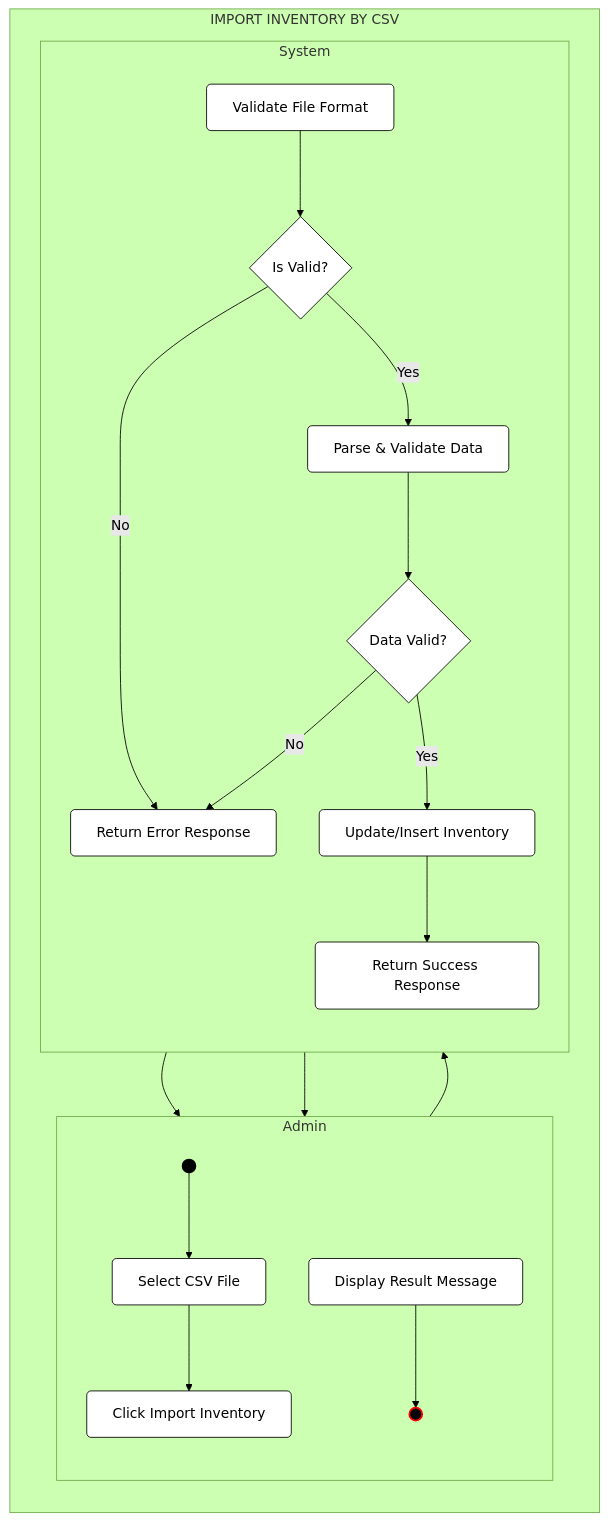
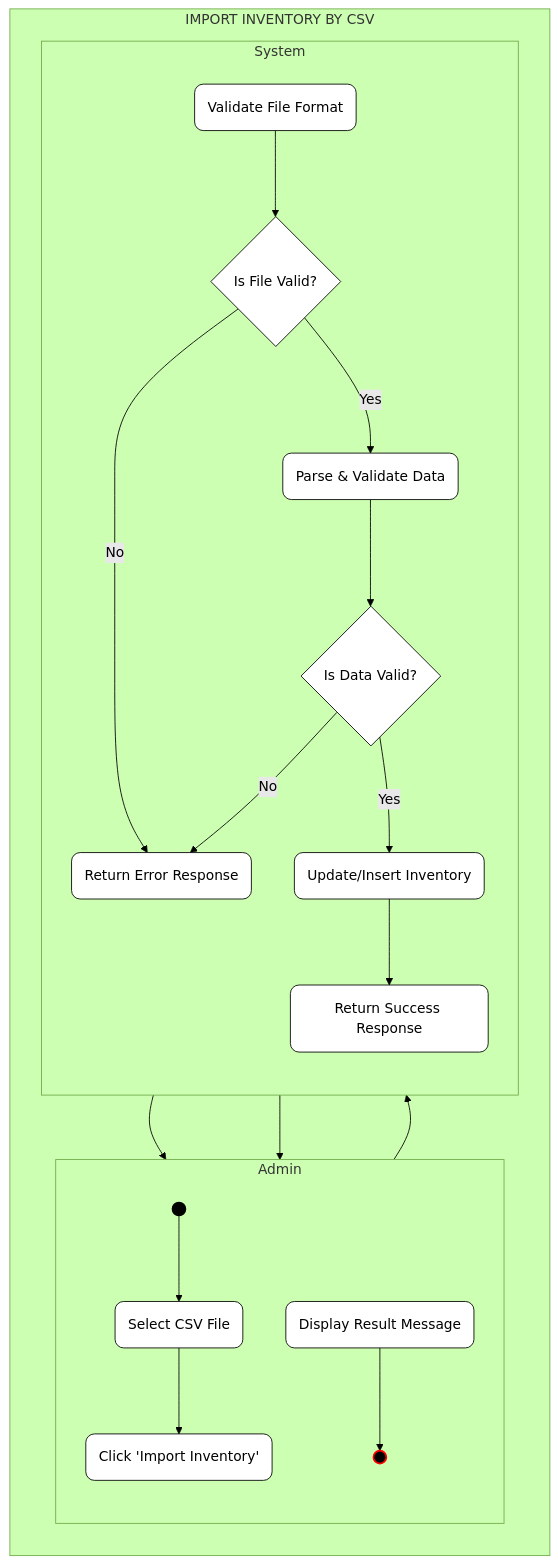
The first of 6 diagrams in UML_Activity_Diagrams.md (phuongloannn/bicycle-web-FE), drawn with Mermaid (forest theme) before and after one commit. The commit also changed other lines of this file, not shown here.

Commit message:
Update Activity Diagrams with rounded action nodes and improved labels matching visual style

````diff
--- a/UML_Activity_Diagrams.md
+++ b/UML_Activity_Diagrams.md
@@ -9,48 +9,48 @@
 ```mermaid
 flowchart TB
     %% Definitions
     classDef startNode fill:#000,stroke:#000,stroke-width:2px,color:#fff;
     classDef endNode fill:#000,stroke:#f00,stroke-width:2px,color:#fff;
-    classDef actionNode fill:#fff,stroke:#000,stroke-width:1px,rx:5,ry:5;
+    classDef actionNode fill:#fff,stroke:#000,stroke-width:1px,rx:10,ry:10;
     classDef decisionNode fill:#fff,stroke:#000,stroke-width:1px,shape:diamond;
 
     subgraph ImportGroup ["IMPORT INVENTORY BY CSV"]
         direction TB
         
         subgraph AdminCol ["Admin"]
             direction TB
             Start1(( )):::startNode
-            A1[Select CSV File]:::actionNode
-            A2[Click Import Inventory]:::actionNode
-            A3[Display Result Message]:::actionNode
+            A1(Select CSV File):::actionNode
+            A2(Click 'Import Inventory'):::actionNode
+            A3(Display Result Message):::actionNode
             End1(( )):::endNode
 
             Start1 --> A1
             A1 --> A2
         end
 
         subgraph SystemCol ["System"]
             direction TB
-            S1[Validate File Format]:::actionNode
-            D1{Is Valid?}:::decisionNode
-            S2[Parse & Validate Data]:::actionNode
-            D2{Data Valid?}:::decisionNode
-            S3[Update/Insert Inventory]:::actionNode
-            S4[Return Success Response]:::actionNode
-            S5[Return Error Response]:::actionNode
+            S1(Validate File Format):::actionNode
+            D1{Is File Valid?}:::decisionNode
+            S2(Parse & Validate Data):::actionNode
+            D2{Is Data Valid?}:::decisionNode
+            S3(Update/Insert Inventory):::actionNode
+            S4(Return Success Response):::actionNode
+            S5(Return Error Response):::actionNode
 
             A2 --> S1
             S1 --> D1
             D1 -- No --> S5
             D1 -- Yes --> S2
             S2 --> D2
             D2 -- No --> S5
             D2 -- Yes --> S3
             S3 --> S4
             S4 --> A3
             S5 --> A3
         end
         
         A3 --> End1
     end
 ```
````
